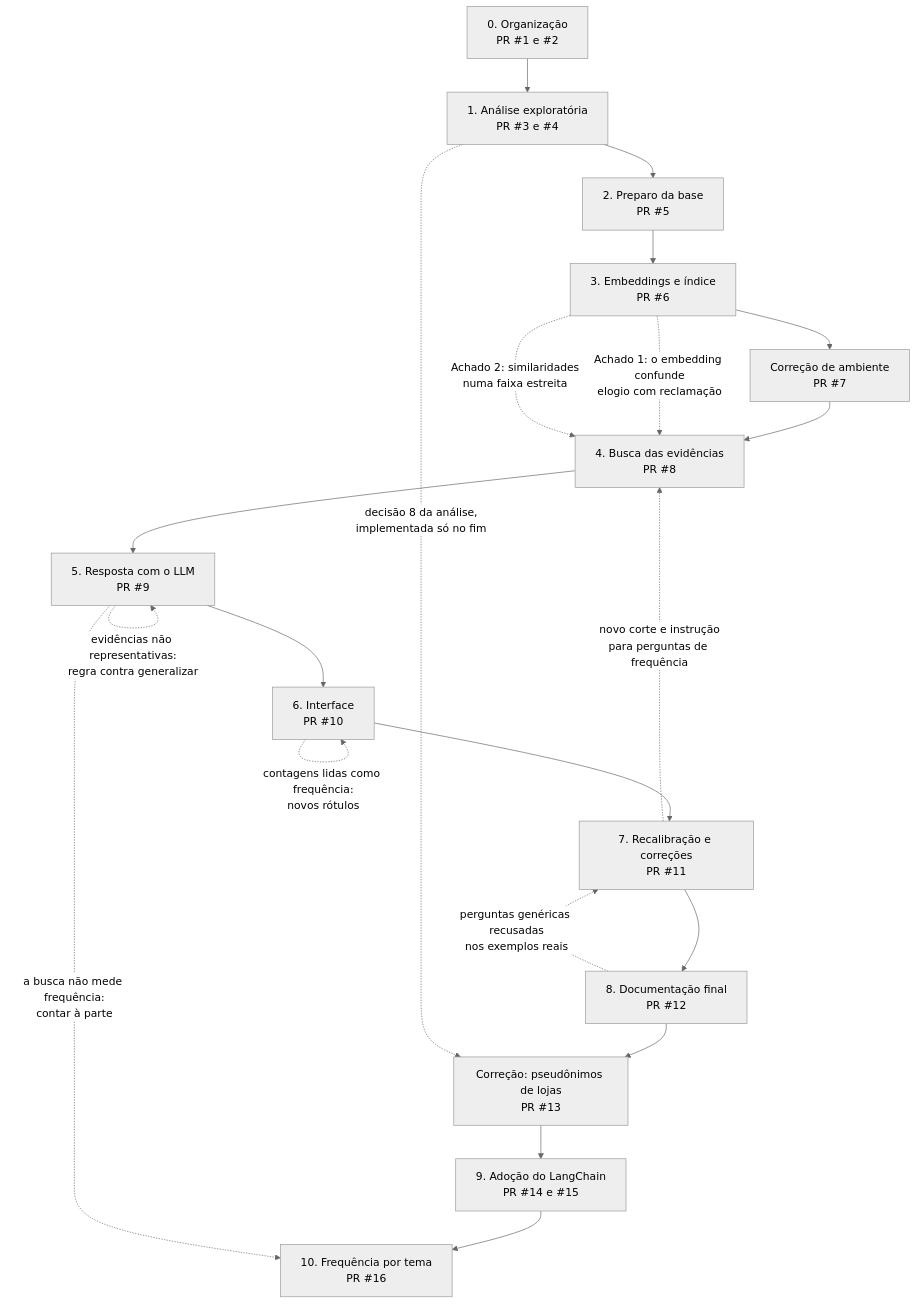
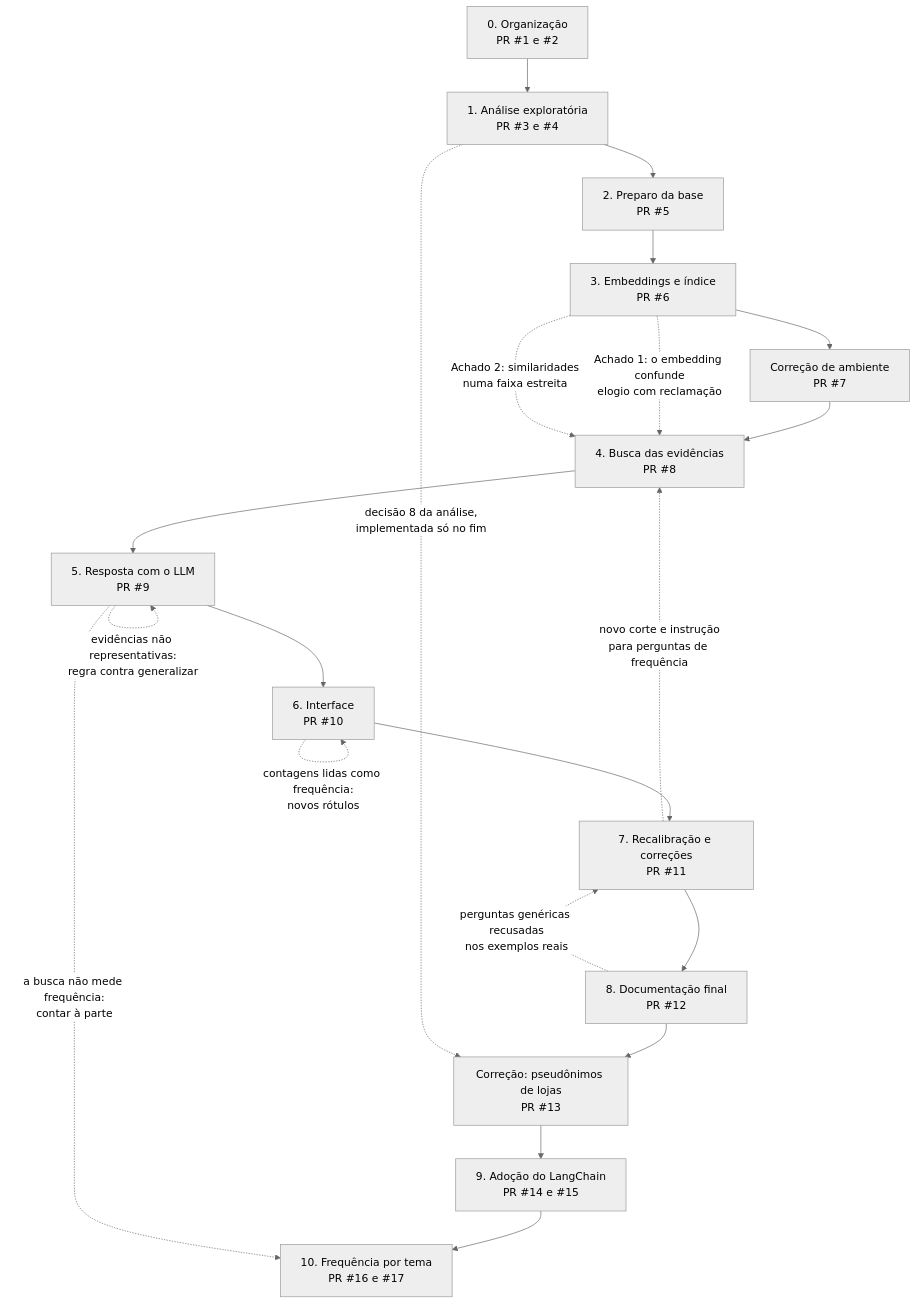
One commit to Dinaldorc/tech-challenge-fase4 changed the diagram in docs/processo.md. Above: the diagram before and after it, drawn with Mermaid (neutral theme). The commit also changed other lines of this file and 8 other files, not shown here.

First line of the commit message:
Leva a frequencia por tema a interface e as respostas

````diff
--- a/docs/processo.md
+++ b/docs/processo.md
@@ -16,24 +16,24 @@
 ```mermaid
 flowchart TD
     E0["0. Organização<br/>PR #1 e #2"] --> E1["1. Análise exploratória<br/>PR #3 e #4"]
     E1 --> E2["2. Preparo da base<br/>PR #5"]
     E2 --> E3["3. Embeddings e índice<br/>PR #6"]
     E3 --> E3b["Correção de ambiente<br/>PR #7"]
     E3b --> E4["4. Busca das evidências<br/>PR #8"]
     E4 --> E5["5. Resposta com o LLM<br/>PR #9"]
     E5 --> E6["6. Interface<br/>PR #10"]
     E6 --> E7["7. Recalibração e correções<br/>PR #11"]
     E7 --> E8["8. Documentação final<br/>PR #12"]
     E8 --> E9["Correção: pseudônimos de lojas<br/>PR #13"]
     E9 --> E10["9. Adoção do LangChain<br/>PR #14 e #15"]
-    E10 --> E11["10. Frequência por tema<br/>PR #16"]
+    E10 --> E11["10. Frequência por tema<br/>PR #16 e #17"]
     E5 -.->|"a busca não mede frequência:<br/>contar à parte"| E11
 
     E3 -.->|"Achado 1: o embedding confunde<br/>elogio com reclamação"| E4
     E3 -.->|"Achado 2: similaridades<br/>numa faixa estreita"| E4
     E5 -.->|"evidências não representativas:<br/>regra contra generalizar"| E5
     E6 -.->|"contagens lidas como frequência:<br/>novos rótulos"| E6
     E8 -.->|"perguntas genéricas recusadas<br/>nos exemplos reais"| E7
     E7 -.->|"novo corte e instrução<br/>para perguntas de frequência"| E4
     E1 -.->|"decisão 8 da análise,<br/>implementada só no fim"| E9
 ```
````
